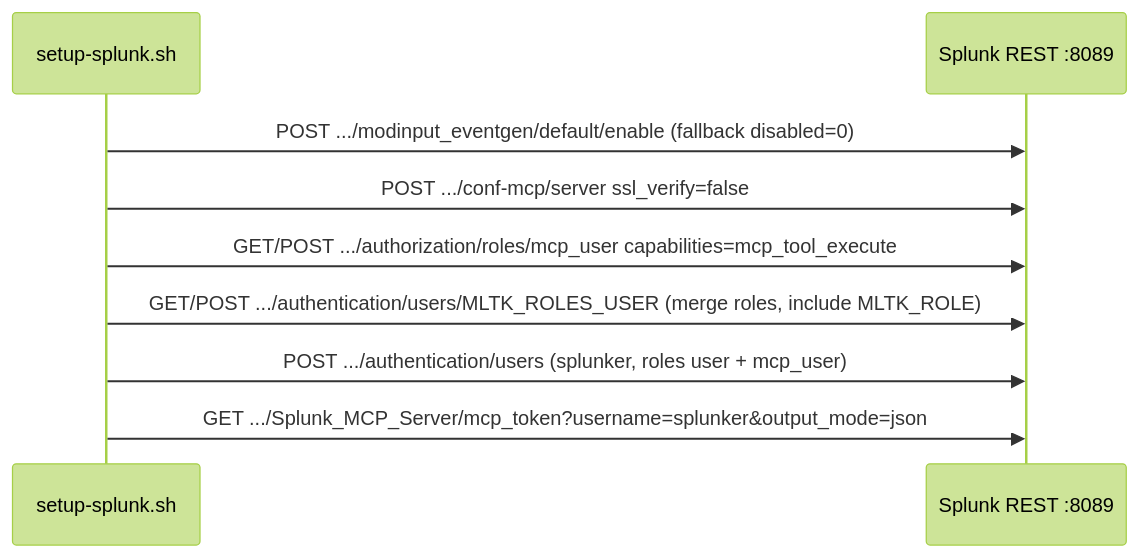
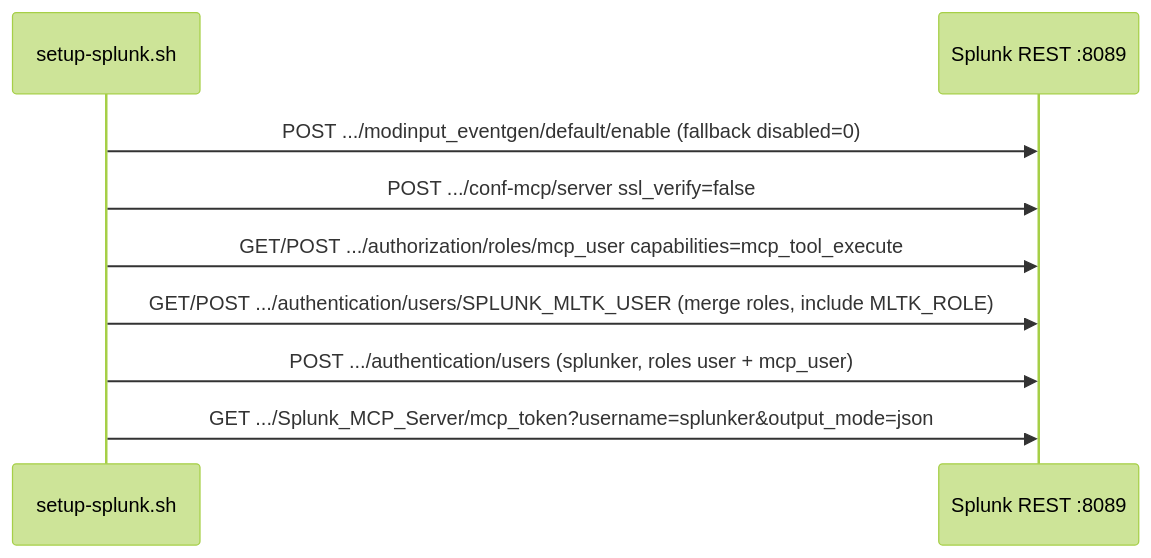
The third of 3 diagrams in docs/SETUP_SPLUNK_SCRIPT.md (dd-Splunk/splunk-mcp), drawn with Mermaid (forest theme) before and after one commit. The commit also changed other lines of this file and 8 other files, not shown here.

````diff
--- a/docs/SETUP_SPLUNK_SCRIPT.md
+++ b/docs/SETUP_SPLUNK_SCRIPT.md
@@ -95,11 +96,11 @@
 ```mermaid
 sequenceDiagram
   participant S as setup-splunk.sh
   participant API as Splunk REST :8089
   S->>API: POST .../modinput_eventgen/default/enable (fallback disabled=0)
   S->>API: POST .../conf-mcp/server ssl_verify=false
   S->>API: GET/POST .../authorization/roles/mcp_user capabilities=mcp_tool_execute
-  S->>API: GET/POST .../authentication/users/MLTK_ROLES_USER (merge roles, include MLTK_ROLE)
+  S->>API: GET/POST .../authentication/users/SPLUNK_MLTK_USER (merge roles, include MLTK_ROLE)
   S->>API: POST .../authentication/users (splunker, roles user + mcp_user)
   S->>API: GET .../Splunk_MCP_Server/mcp_token?username=splunker&output_mode=json
 ```
````
